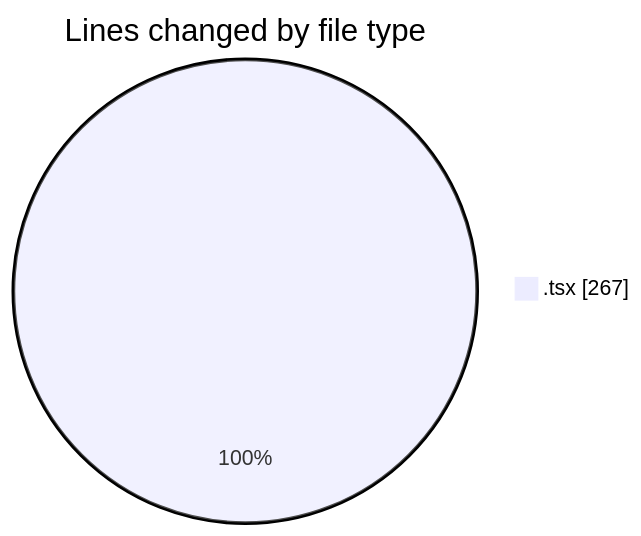
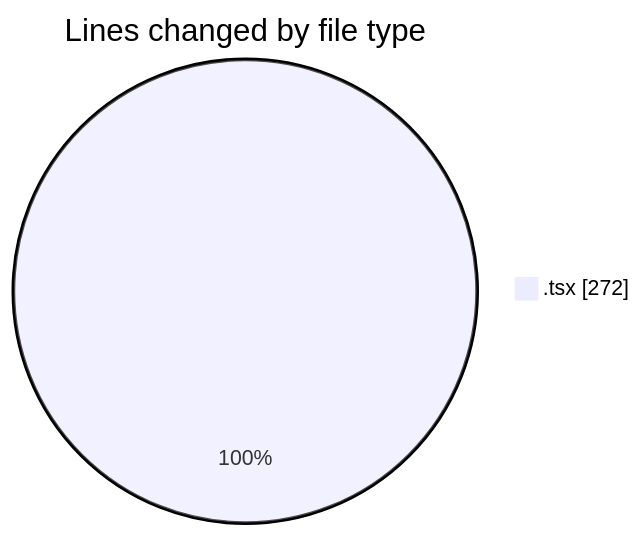
One commit to momahboobian/code-tracking changed the first of 2 diagrams in 2025-06-12/cda/README.md. Above: the diagram before and after it, drawn with Mermaid. The commit also changed other lines of this file and 1 other file, not shown here.

````diff
--- a/2025-06-12/cda/README.md
+++ b/2025-06-12/cda/README.md
@@ -20,5 +20,5 @@
 ```mermaid
 pie showData
 title Lines changed by file type
-".tsx" : 267
+".tsx" : 272
 ```
````
